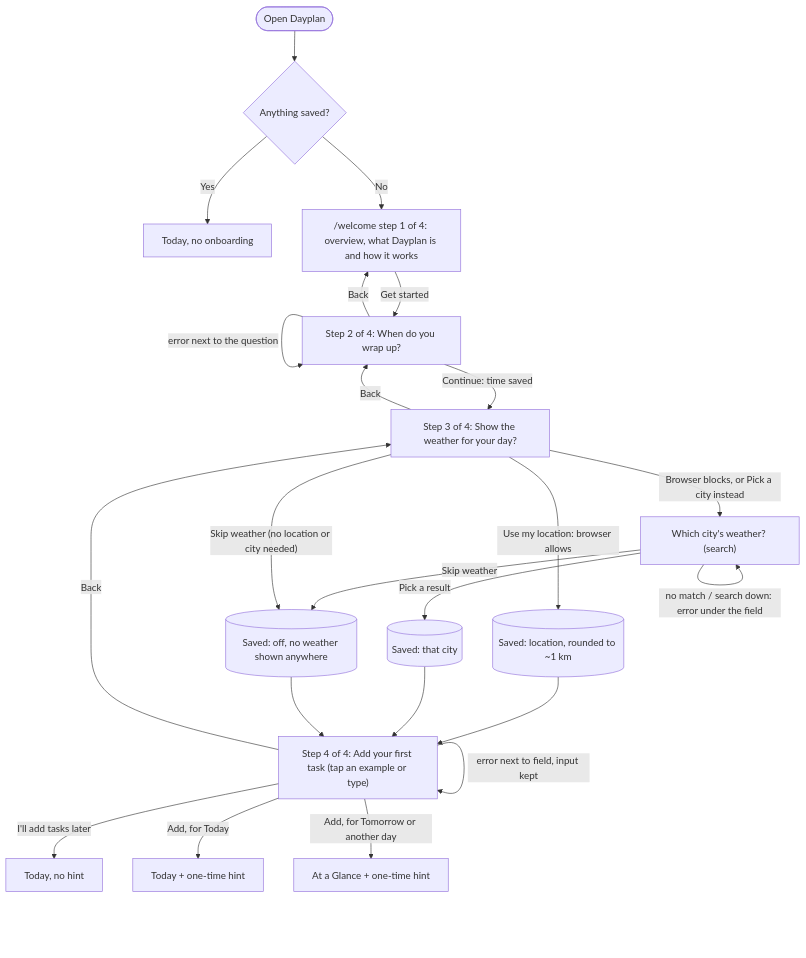
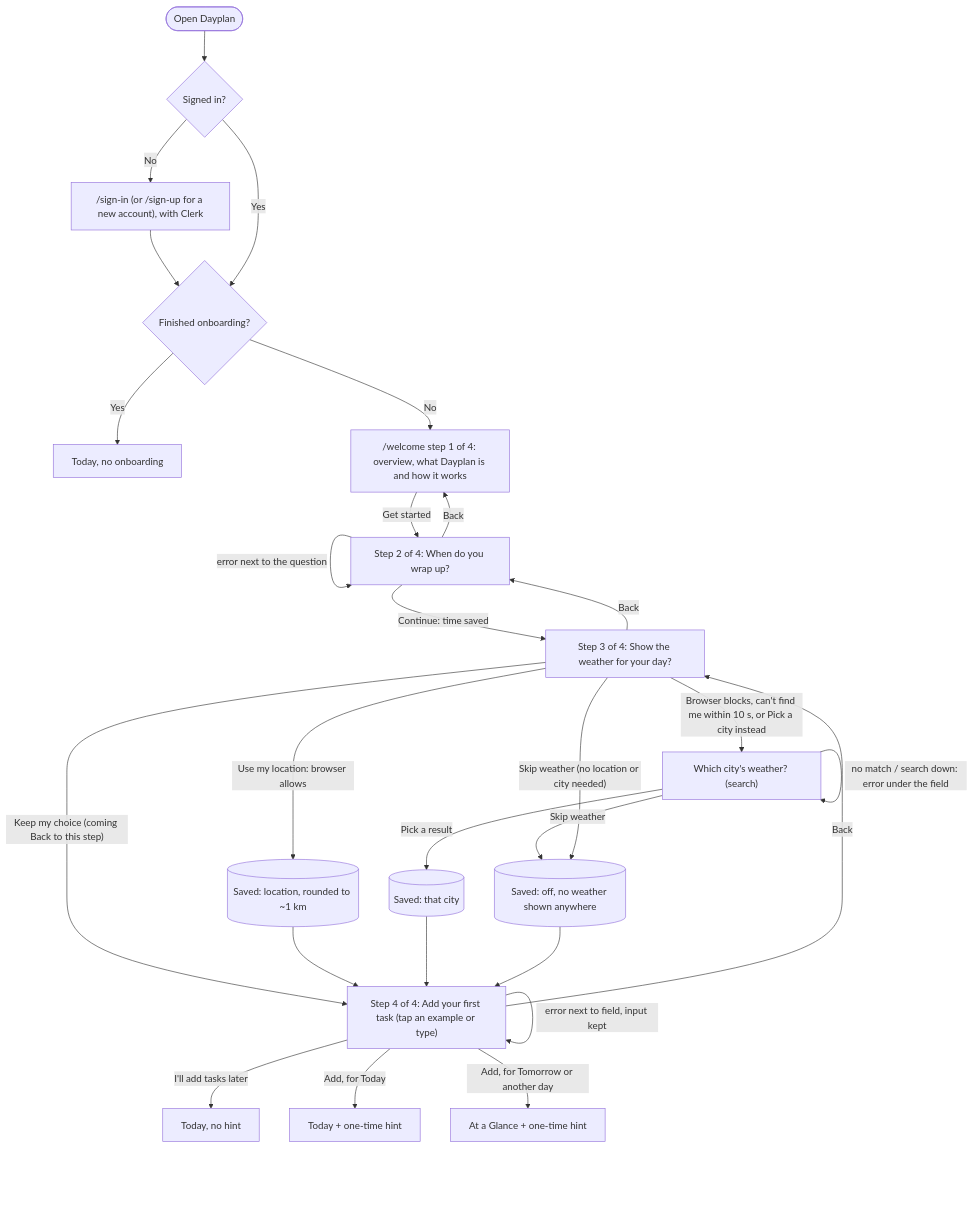
Before and after one commit to neilpandya01/hw4-dbs: the first of 3 diagrams in flows.md, drawn with Mermaid. The commit also changed other lines of this file and 3 other files, not shown here.

````diff
--- a/flows.md
+++ b/flows.md
@@ -9,25 +9,29 @@
 ```mermaid
 flowchart TD
-  A([Open Dayplan]) --> B{Anything saved?}
+  A([Open Dayplan]) --> S{Signed in?}
+  S -- No --> SI["/sign-in (or /sign-up for a new account), with Clerk"]
+  SI --> B{Finished onboarding?}
+  S -- Yes --> B
   B -- Yes --> T[Today, no onboarding]
   B -- No --> W0["/welcome step 1 of 4: overview, what Dayplan is and how it works"]
   W0 -- Get started --> W1["Step 2 of 4: When do you wrap up?"]
   W1 -- Back --> W0
   W1 -- error next to the question --> W1
   W1 -- Continue: time saved --> WX["Step 3 of 4: Show the weather for your day?"]
   WX -- Back --> W1
   WX -- "Use my location: browser allows" --> WS[(Saved: location, rounded to ~1 km)]
-  WX -- "Browser blocks, or Pick a city instead" --> WC["Which city's weather? (search)"]
+  WX -- "Browser blocks, can't find me within 10 s, or Pick a city instead" --> WC["Which city's weather? (search)"]
+  WX -- "Keep my choice (coming Back to this step)" --> W2
   WC -- "no match / search down: error under the field" --> WC
   WC -- Pick a result --> WP[(Saved: that city)]
   WC -- Skip weather --> WO[(Saved: off, no weather shown anywhere)]
   WX -- "Skip weather (no location or city needed)" --> WO
   WS --> W2["Step 4 of 4: Add your first task (tap an example or type)"]
   WP --> W2
   WO --> W2
   W2 -- Back --> WX
   W2 -- error next to field, input kept --> W2
   W2 -- "I'll add tasks later" --> E[Today, no hint]
   W2 -- Add, for Today --> H[Today + one-time hint]
   W2 -- Add, for Tomorrow or another day --> D[At a Glance + one-time hint]
 ```
````
